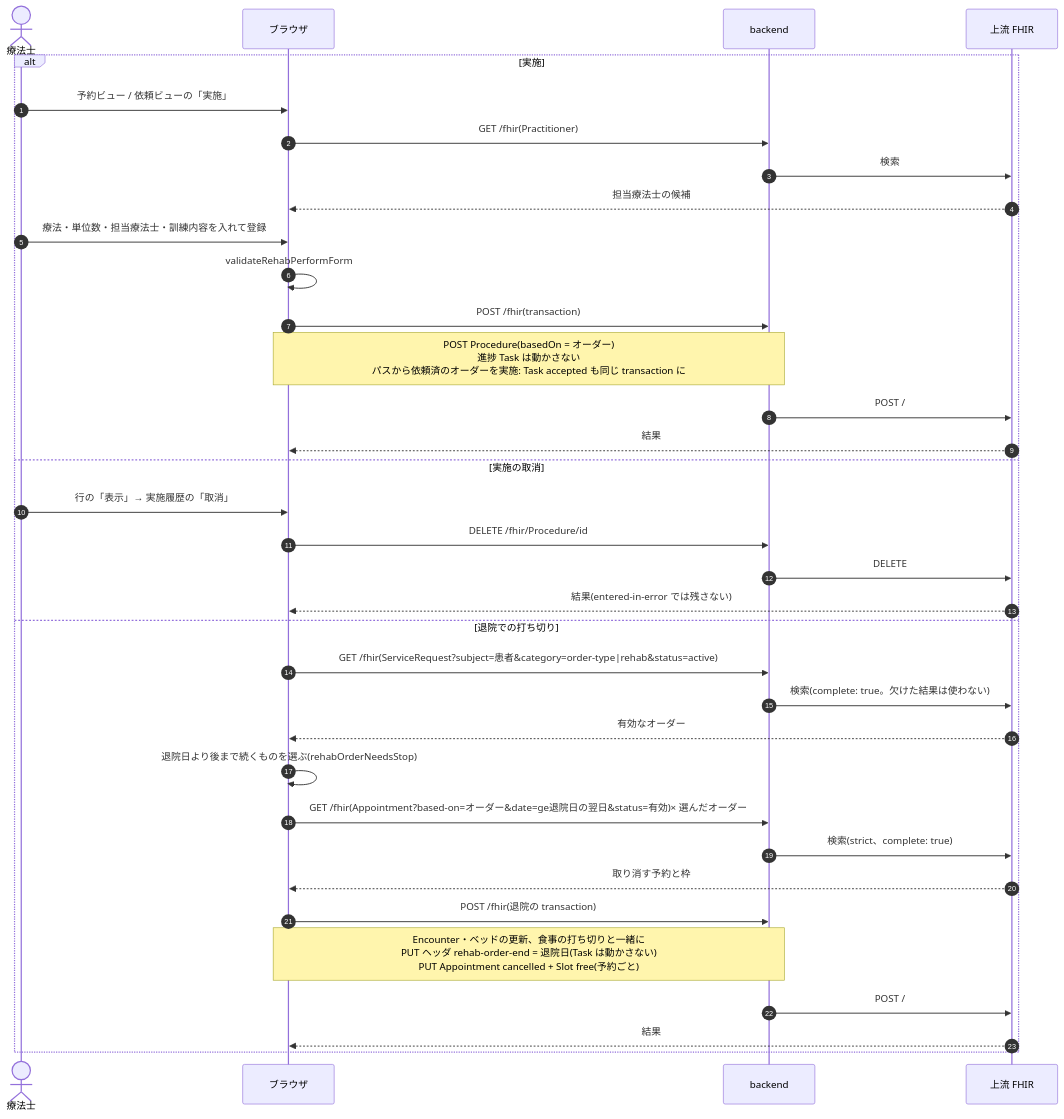
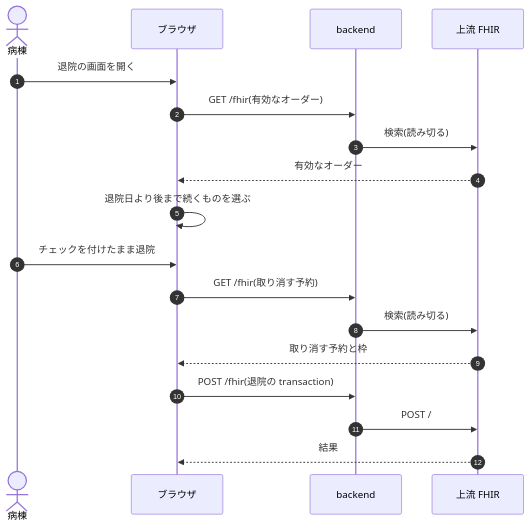
One commit to ysnr-dev/fhir-client-docs changed the tenth of 10 diagrams in docs/dev/rehab.md. Above: the diagram before and after it, drawn with Mermaid. The commit also changed other lines of this file and 43 other files, not shown here.

Commit message:
docs: 業務フローとシーケンス図を写し直し

````diff
--- a/docs/dev/rehab.md
+++ b/docs/dev/rehab.md
@@ -188,38 +360,21 @@
 ```mermaid
 sequenceDiagram
   autonumber
-  actor PT as 療法士
+  actor Ward as 病棟
   participant UI as ブラウザ
   participant BE as backend
   participant FHIR as 上流 FHIR
 
-  alt 実施
-    PT->>UI: 予約ビュー / 依頼ビューの「実施」
-    UI->>BE: GET /fhir(Practitioner)
-    BE->>FHIR: 検索
-    FHIR-->>UI: 担当療法士の候補
-    PT->>UI: 療法・単位数・担当療法士・訓練内容を入れて登録
-    UI->>UI: validateRehabPerformForm
-    UI->>BE: POST /fhir(transaction)
-    Note over UI,BE: POST Procedure(basedOn = オーダー)<br/>進捗 Task は動かさない<br/>パスから依頼済のオーダーを実施: Task accepted も同じ transaction に
-    BE->>FHIR: POST /
-    FHIR-->>UI: 結果
-  else 実施の取消
-    PT->>UI: 行の「表示」→ 実施履歴の「取消」
-    UI->>BE: DELETE /fhir/Procedure/id
-    BE->>FHIR: DELETE
-    FHIR-->>UI: 結果(entered-in-error では残さない)
-  else 退院での打ち切り
-    UI->>BE: GET /fhir(ServiceRequest?subject=患者&category=order-type|rehab&status=active)
-    BE->>FHIR: 検索(complete: true。欠けた結果は使わない)
-    FHIR-->>UI: 有効なオーダー
-    UI->>UI: 退院日より後まで続くものを選ぶ(rehabOrderNeedsStop)
-    UI->>BE: GET /fhir(Appointment?based-on=オーダー&date=ge退院日の翌日&status=有効)× 選んだオーダー
-    BE->>FHIR: 検索(strict、complete: true)
-    FHIR-->>UI: 取り消す予約と枠
-    UI->>BE: POST /fhir(退院の transaction)
-    Note over UI,BE: Encounter・ベッドの更新、食事の打ち切りと一緒に<br/>PUT ヘッダ rehab-order-end = 退院日(Task は動かさない)<br/>PUT Appointment cancelled + Slot free(予約ごと)
-    BE->>FHIR: POST /
-    FHIR-->>UI: 結果
-  end
+  Ward->>UI: 退院の画面を開く
+  UI->>BE: GET /fhir(有効なオーダー)
+  BE->>FHIR: 検索(読み切る)
+  FHIR-->>UI: 有効なオーダー
+  UI->>UI: 退院日より後まで続くものを選ぶ
+  Ward->>UI: チェックを付けたまま退院
+  UI->>BE: GET /fhir(取り消す予約)
+  BE->>FHIR: 検索(読み切る)
+  FHIR-->>UI: 取り消す予約と枠
+  UI->>BE: POST /fhir(退院の transaction)
+  BE->>FHIR: POST /
+  FHIR-->>UI: 結果
 ```
````
